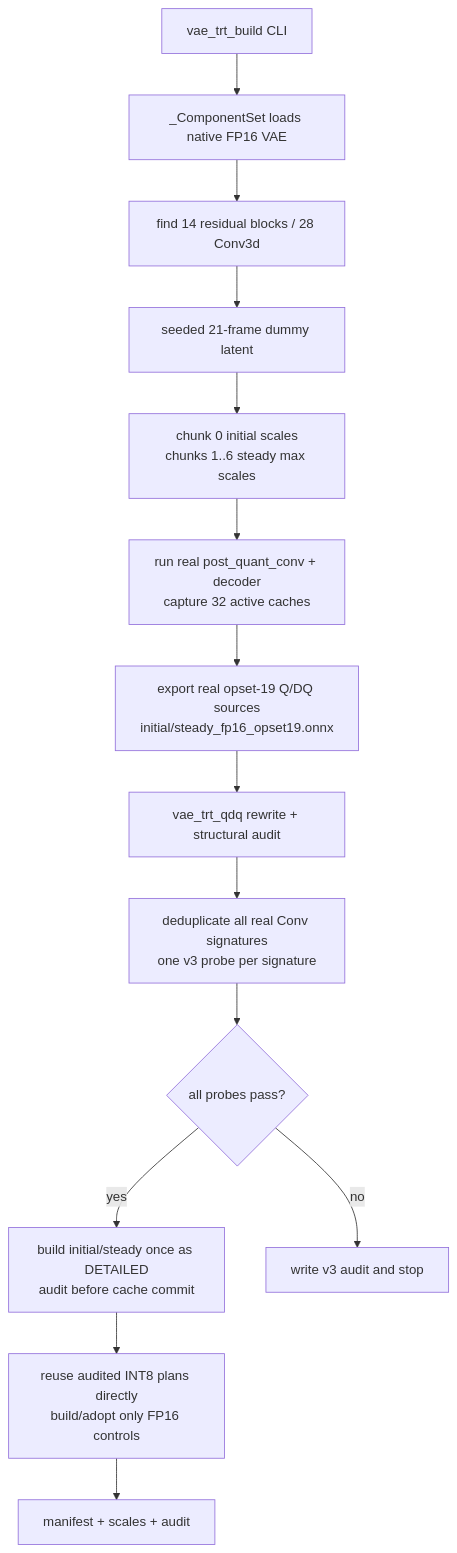
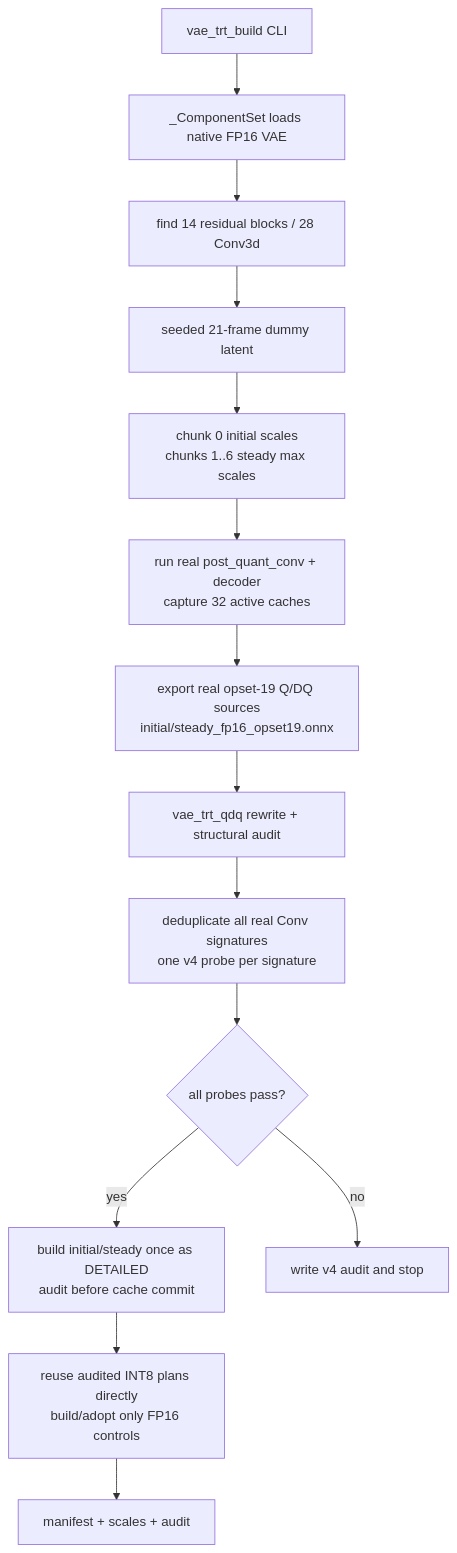
One commit to FredHuang99/sglang changed diagram 11 of 13 in python/sglang/multimodal_gen/experimental/jetson_sfwan/CODE_GUIDE.md. Above: the diagram before and after it, drawn with Mermaid. The commit also changed other lines of this file and 5 other files, not shown here.

````diff
--- a/python/sglang/multimodal_gen/experimental/jetson_sfwan/CODE_GUIDE.md
+++ b/python/sglang/multimodal_gen/experimental/jetson_sfwan/CODE_GUIDE.md
@@ -1029,21 +1029,21 @@
 ```mermaid
 flowchart TD
     CLI["vae_trt_build CLI"]
     Load["_ComponentSet loads native FP16 VAE"]
     Targets["find 14 residual blocks / 28 Conv3d"]
     Dummy["seeded 21-frame dummy latent"]
     Scales["chunk 0 initial scales<br/>chunks 1..6 steady max scales"]
     Trace["run real post_quant_conv + decoder<br/>capture 32 active caches"]
     Export["export real opset-19 Q/DQ sources<br/>initial/steady_fp16_opset19.onnx"]
     QDQ["vae_trt_qdq rewrite + structural audit"]
-    Probe["deduplicate all real Conv signatures<br/>one v3 probe per signature"]
+    Probe["deduplicate all real Conv signatures<br/>one v4 probe per signature"]
     Gate{"all probes pass?"}
     Detailed["build initial/steady once as DETAILED<br/>audit before cache commit"]
     Build["reuse audited INT8 plans directly<br/>build/adopt only FP16 controls"]
     Manifest["manifest + scales + audit"]
 
     CLI --> Load --> Targets --> Dummy --> Scales --> Trace --> Export
     Export --> QDQ --> Probe --> Gate
     Gate -->|yes| Detailed --> Build --> Manifest
-    Gate -->|no| Stop["write v3 audit and stop"]
+    Gate -->|no| Stop["write v4 audit and stop"]
 ```
````
